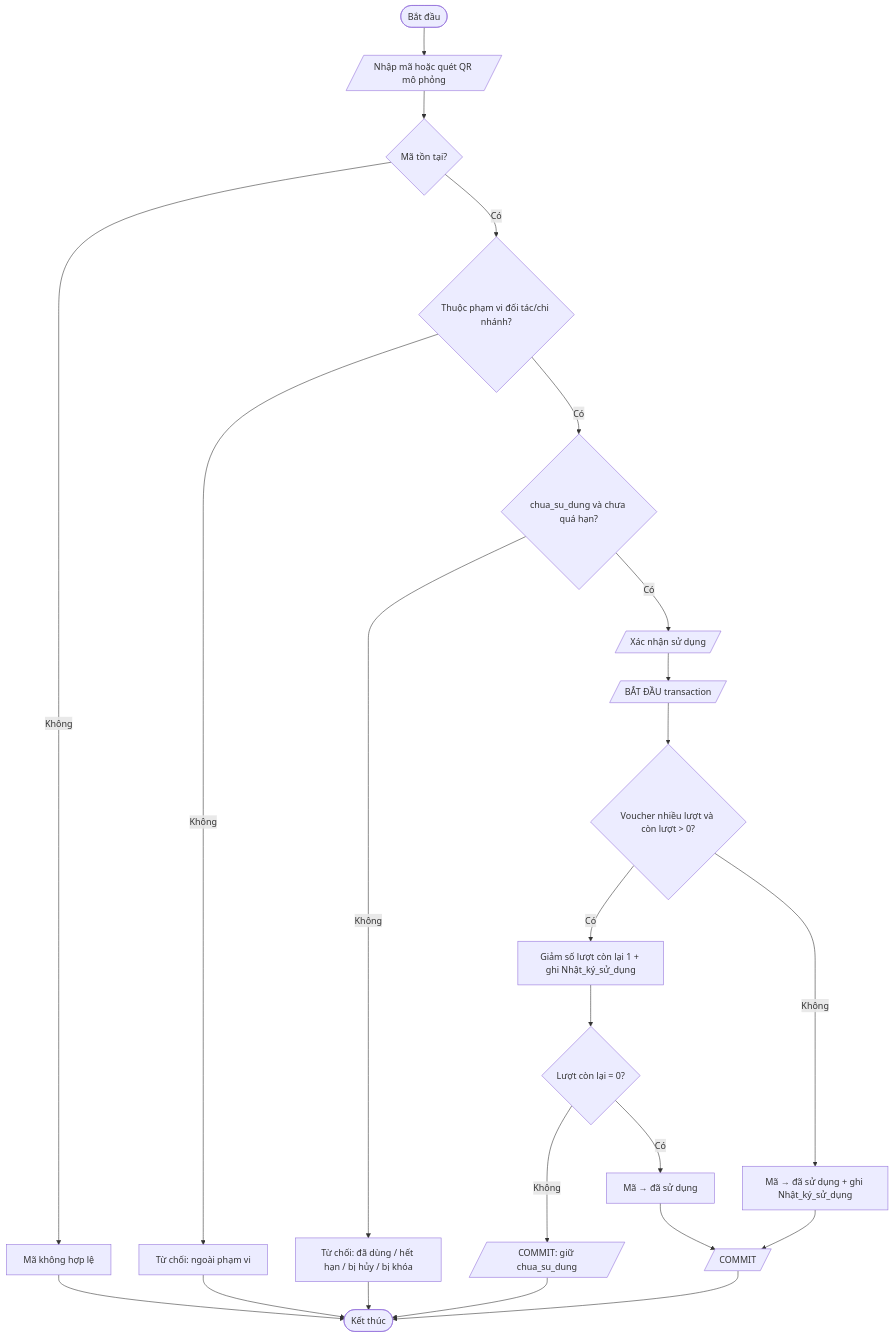
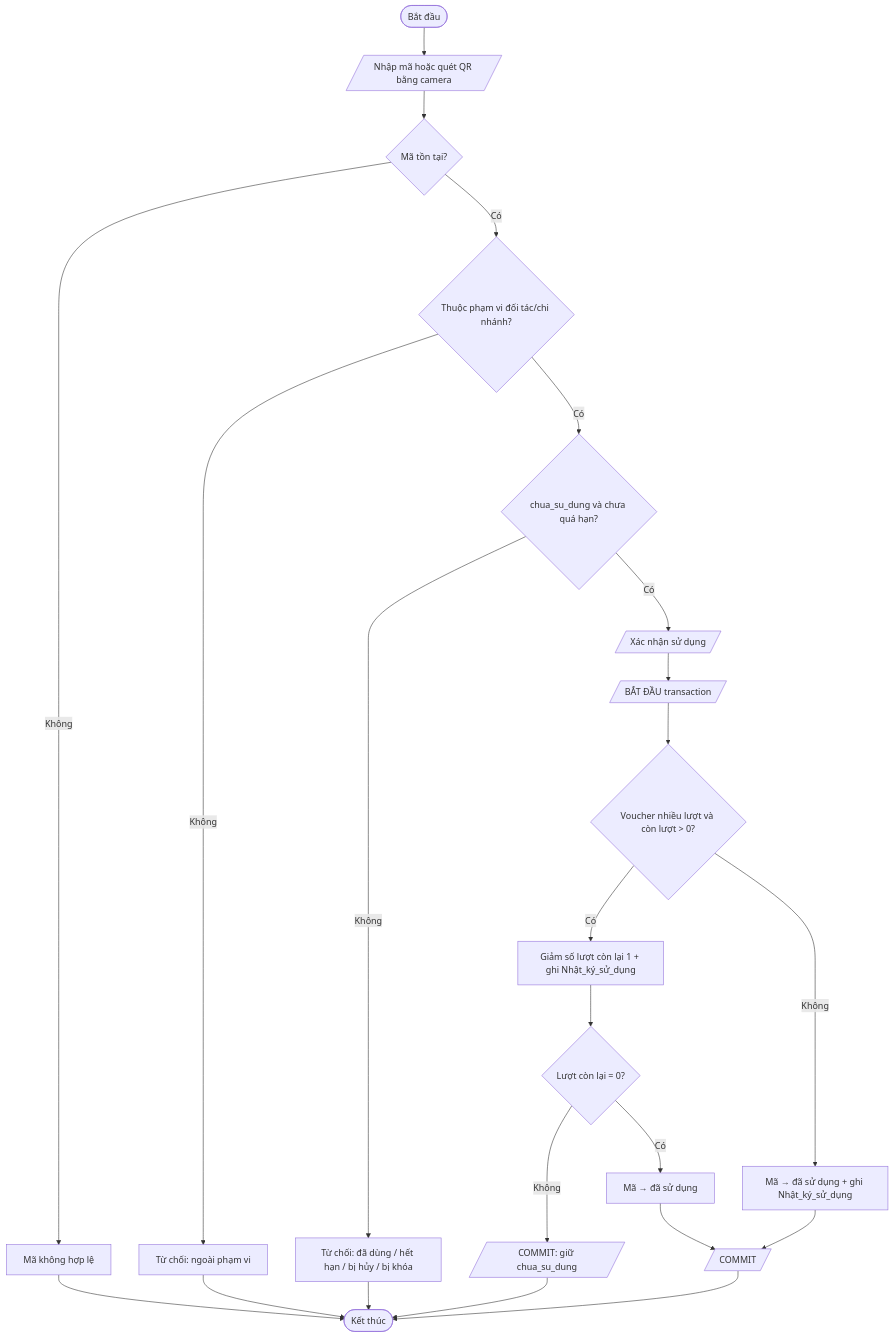
Before and after one commit to hoopyTL/EC-VoucherHub: the seventh of 12 diagrams in docs/04-activity-diagrams/README.md, drawn with Mermaid. The commit also changed other lines of this file and 11 other files, not shown here.

````diff
--- a/docs/04-activity-diagrams/README.md
+++ b/docs/04-activity-diagrams/README.md
@@ -130,21 +130,21 @@
 ```mermaid
 flowchart TD
-    start([Bắt đầu]) --> scan[/Nhập mã hoặc quét QR mô phỏng/]
+    start([Bắt đầu]) --> scan[/Nhập mã hoặc quét QR bằng camera/]
     scan --> exist{Mã tồn tại?}
     exist -->|Không| eExist[Mã không hợp lệ] --> done
     exist -->|Có| scope{Thuộc phạm vi đối tác/chi nhánh?}
     scope -->|Không| eScope[Từ chối: ngoài phạm vi] --> done
     scope -->|Có| valid{chua_su_dung và chưa quá hạn?}
     valid -->|Không| eValid[Từ chối: đã dùng / hết hạn / bị hủy / bị khóa] --> done
     valid -->|Có| confirm[/Xác nhận sử dụng/]
     confirm --> tx[/BẮT ĐẦU transaction/]
     tx --> multi{Voucher nhiều lượt và còn lượt > 0?}
     multi -->|Có| dec[Giảm số lượt còn lại 1 + ghi Nhật_ký_sử_dụng]
     dec --> zero{Lượt còn lại = 0?}
     zero -->|Không| commit1[/COMMIT: giữ chua_su_dung/] --> done
     zero -->|Có| used1[Mã → đã sử dụng]
     multi -->|Không| used2[Mã → đã sử dụng + ghi Nhật_ký_sử_dụng]
     used1 --> commit2[/COMMIT/]
     used2 --> commit2
     commit2 --> done([Kết thúc])
 ```
````
